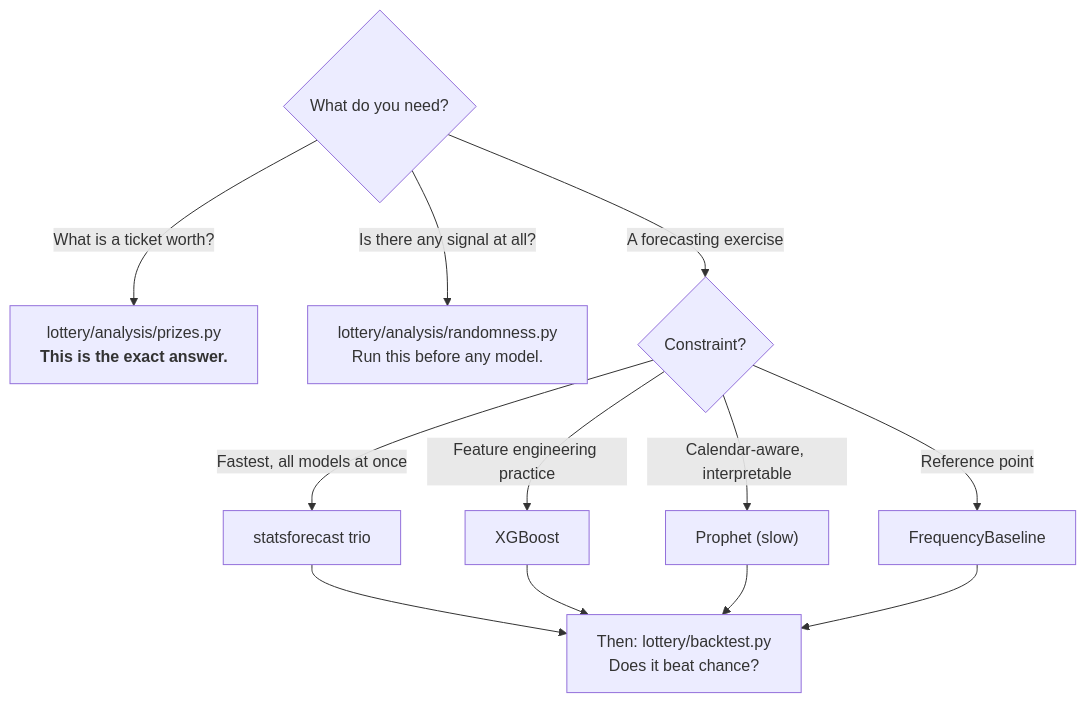
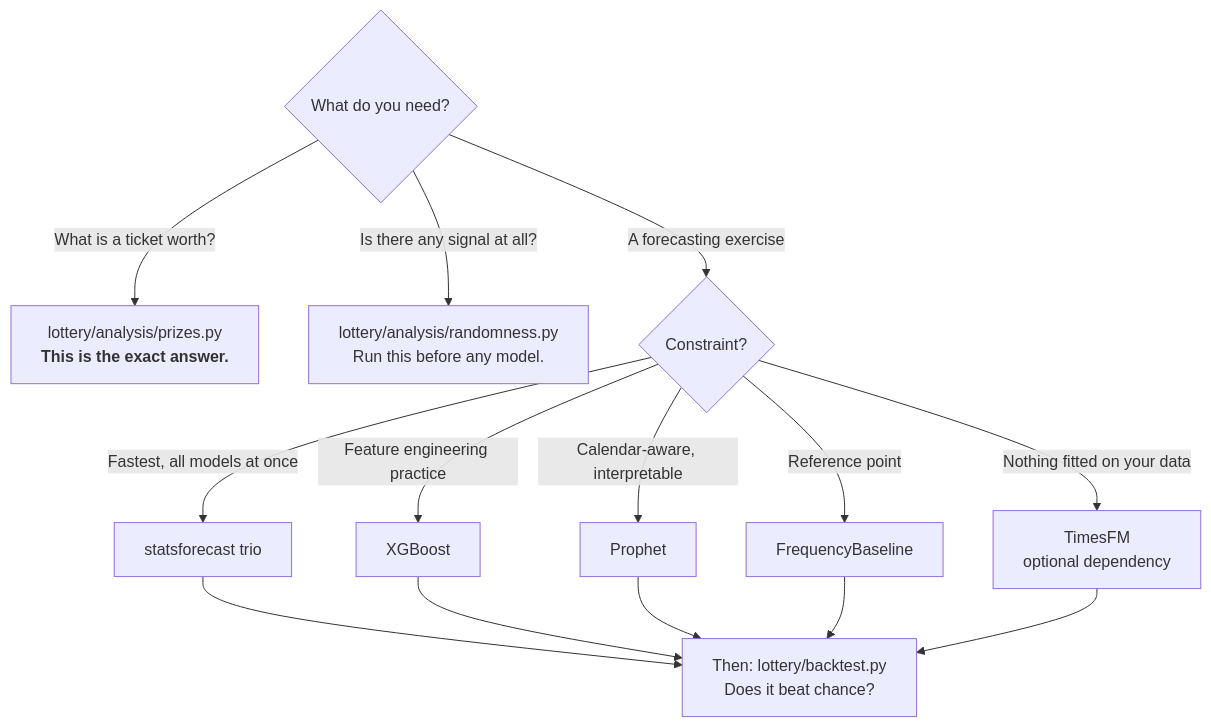
The second of 2 diagrams in docs/models.md (andresfelipe9619/prophet-playground), drawn with Mermaid before and after one commit. The commit also changed other lines of this file and 14 other files, not shown here.

````diff
--- a/docs/models.md
+++ b/docs/models.md
@@ -209,12 +294,13 @@
 ```mermaid
 flowchart TD
     Q1{"What do you need?"}
     Q1 -->|"What is a ticket worth?"| PRIZE["lottery/analysis/prizes.py<br/><b>This is the exact answer.</b>"]
     Q1 -->|"Is there any signal at all?"| RAND["lottery/analysis/randomness.py<br/>Run this before any model."]
     Q1 -->|"A forecasting exercise"| Q2{"Constraint?"}
     Q2 -->|"Fastest, all models at once"| SF["statsforecast trio"]
     Q2 -->|"Feature engineering practice"| XGB["XGBoost"]
-    Q2 -->|"Calendar-aware, interpretable"| PROPH["Prophet (slow)"]
+    Q2 -->|"Calendar-aware, interpretable"| PROPH["Prophet"]
     Q2 -->|"Reference point"| FREQ["FrequencyBaseline"]
-    SF & XGB & PROPH & FREQ --> BT["Then: lottery/backtest.py<br/>Does it beat chance?"]
+    Q2 -->|"Nothing fitted on your data"| TFM["TimesFM<br/>optional dependency"]
+    SF & XGB & PROPH & FREQ & TFM --> BT["Then: lottery/backtest.py<br/>Does it beat chance?"]
 ```
````
